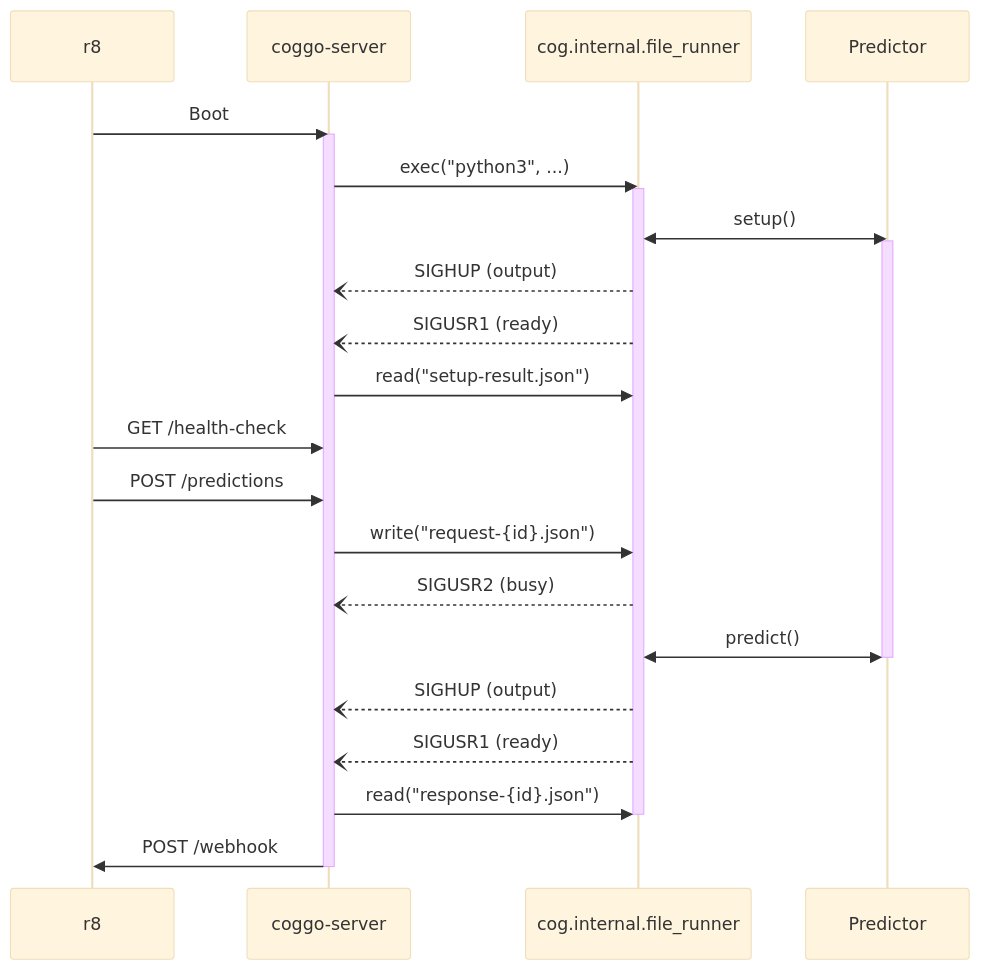
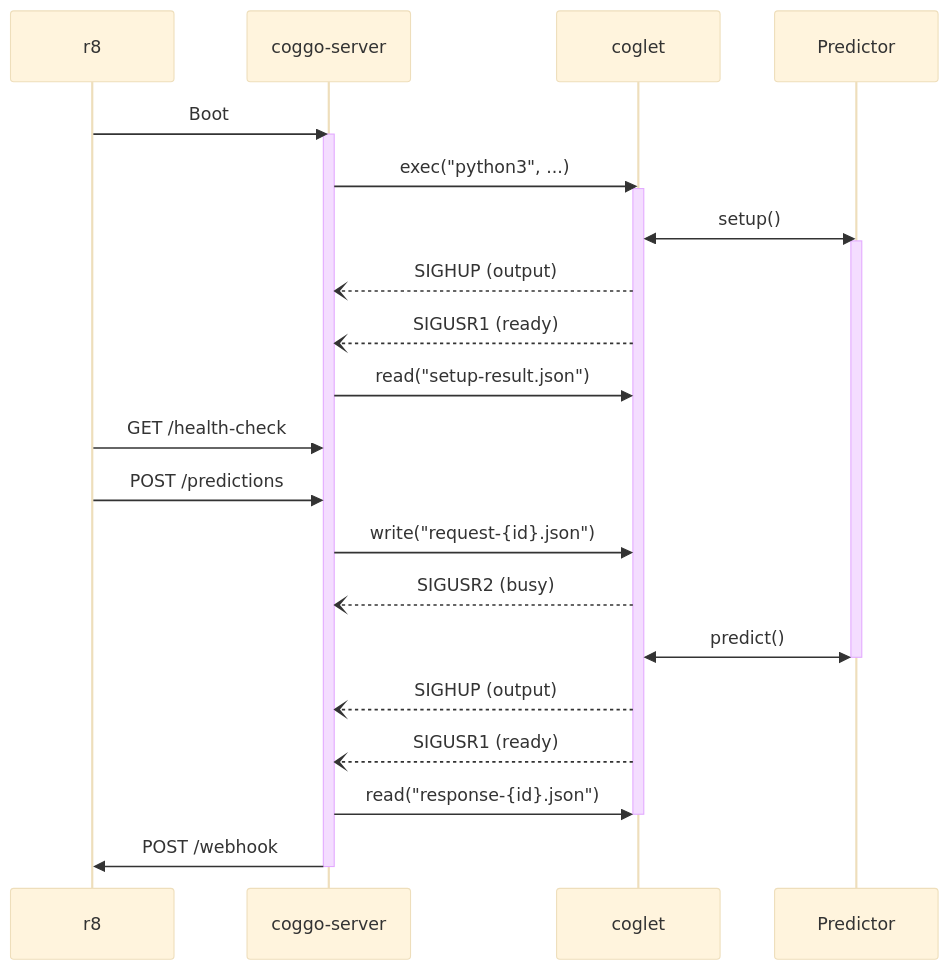
Before and after one commit to replicate/cog-runtime: the diagram in README.md, drawn with Mermaid (base theme).

Commit message:
Relabel coglet in flow diagram

````diff
--- a/README.md
+++ b/README.md
@@ -10,28 +10,28 @@
 ```mermaid
 sequenceDiagram
     participant r8
     participant server as coggo-server
-    participant runner as cog.internal.file_runner
+    participant runner as coglet
     participant predictor as Predictor
     r8->>server: Boot
     activate server
     server->>runner: exec("python3", ...)
     activate runner
     runner<<->>predictor: setup()
     activate predictor
     runner--)server: SIGHUP (output)
     runner--)server: SIGUSR1 (ready)
     server->>runner: read("setup-result.json")
     r8->>server: GET /health-check
     r8->>server: POST /predictions
     server->>runner: write("request-{id}.json")
     runner--)server: SIGUSR2 (busy)
     runner<<->>predictor: predict()
     deactivate predictor
     runner--)server: SIGHUP (output)
     runner--)server: SIGUSR1 (ready)
     server->>runner: read("response-{id}.json")
     deactivate runner
     server->>r8: POST /webhook
     deactivate server
 ```
````
